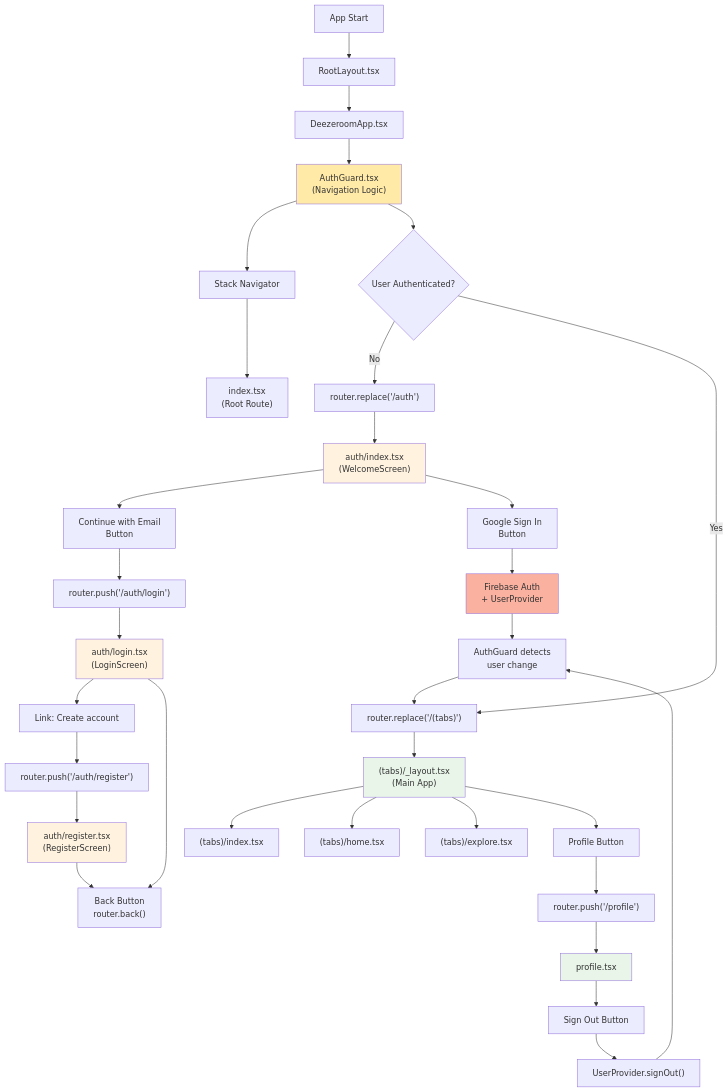
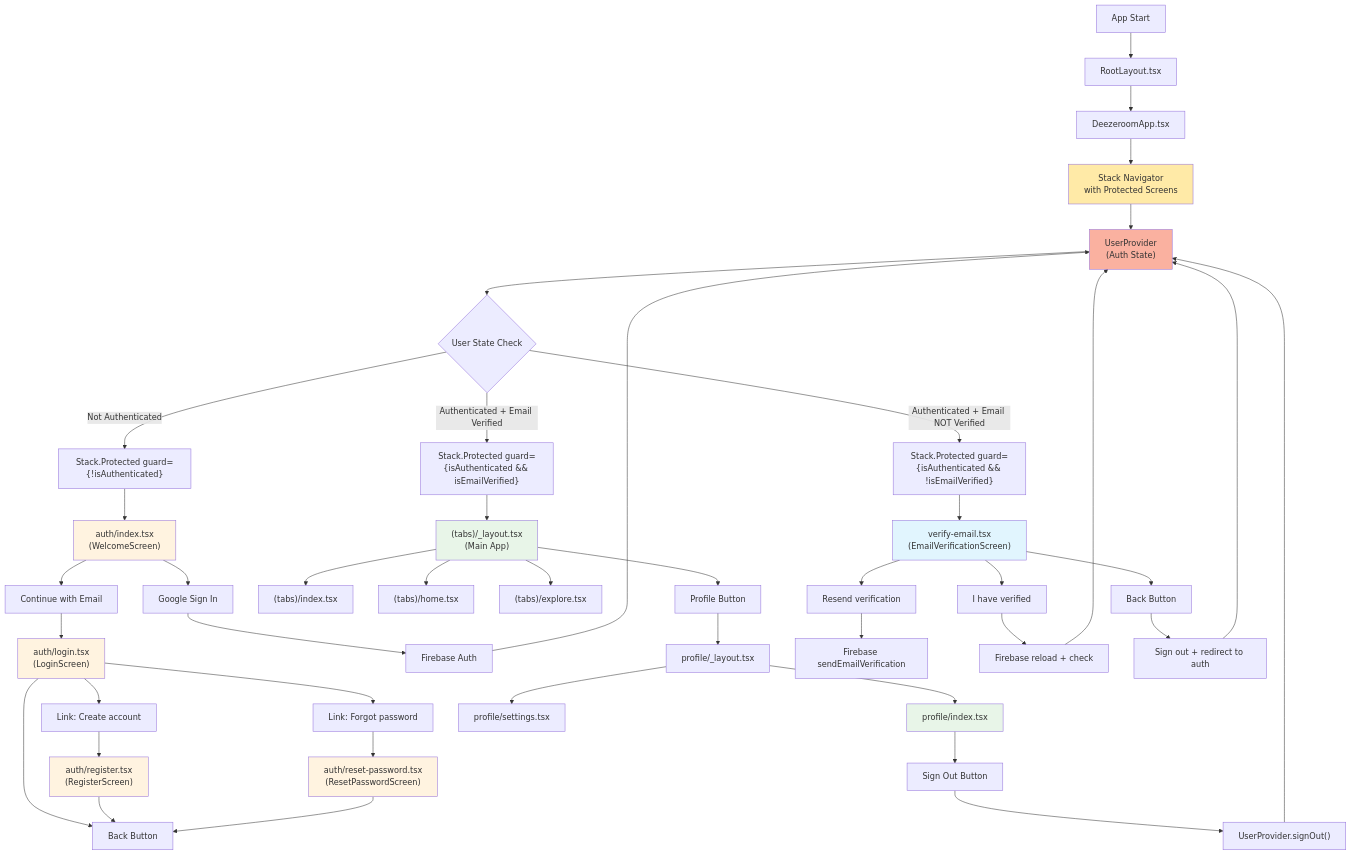
The diagram in README.md (jesuisstan/deezeroom), drawn with Mermaid before and after one commit. The commit also changed other lines of this file, not shown here.

Commit message:
README updated

````diff
--- a/README.md
+++ b/README.md
@@ -85,47 +85,60 @@
 ```mermaid
 graph TD
     A["App Start"] --> B["RootLayout.tsx"]
     B --> C["DeezeroomApp.tsx"]
-    C --> D["AuthGuard.tsx<br/>(Navigation Logic)"]
-    D --> E["Stack Navigator"]
-    E --> F["index.tsx<br/>(Root Route)"]
+    C --> D["Stack Navigator<br/>with Protected Screens"]
+    D --> E["UserProvider<br/>(Auth State)"]
 
-    D --> G{"User Authenticated?"}
+    E --> F{"User State Check"}
 
-    G -->|No| H["router.replace('/auth')"]
-    G -->|Yes| I["router.replace('/(tabs)')"]
+    F -->|"Not Authenticated"| G["Stack.Protected guard={!isAuthenticated}"]
+    F -->|"Authenticated + Email Verified"| H["Stack.Protected guard={isAuthenticated && isEmailVerified}"]
+    F -->|"Authenticated + Email NOT Verified"| I["Stack.Protected guard={isAuthenticated && !isEmailVerified}"]
 
-    H --> J["auth/index.tsx<br/>(WelcomeScreen)"]
-    J --> K["Continue with Email<br/>Button"]
-    K --> L["router.push('/auth/login')"]
-    L --> M["auth/login.tsx<br/>(LoginScreen)"]
-    M --> X["Link: Create account"]
-    X --> Y["router.push('/auth/register')"]
-    Y --> Z["auth/register.tsx<br/>(RegisterScreen)"]
-    M --> N["Back Button<br/>router.back()"]
-    Z --> N
+    G --> G1["auth/index.tsx<br/>(WelcomeScreen)"]
+    G1 --> G2["Continue with Email"]
+    G2 --> G3["auth/login.tsx<br/>(LoginScreen)"]
+    G3 --> G4["Link: Create account"]
+    G4 --> G5["auth/register.tsx<br/>(RegisterScreen)"]
+    G3 --> G6["Link: Forgot password"]
+    G6 --> G7["auth/reset-password.tsx<br/>(ResetPasswordScreen)"]
+    G3 --> G8["Back Button"]
+    G5 --> G8
+    G7 --> G8
 
-    J --> O["Google Sign In<br/>Button"]
-    O --> P["Firebase Auth<br/>+ UserProvider"]
-    P --> Q["AuthGuard detects<br/>user change"]
-    Q --> I
+    G1 --> G9["Google Sign In"]
+    G9 --> G10["Firebase Auth"]
+    G10 --> E
 
-    I --> R["(tabs)/_layout.tsx<br/>(Main App)"]
-    R --> R1["(tabs)/index.tsx"]
-    R --> R2["(tabs)/home.tsx"]
-    R --> R3["(tabs)/explore.tsx"]
-    R --> S["Profile Button"]
-    S --> T["router.push('/profile')"]
-    T --> U["profile.tsx"]
-    U --> V["Sign Out Button"]
-    V --> W["UserProvider.signOut()"]
-    W --> Q
+    H --> H1["(tabs)/_layout.tsx<br/>(Main App)"]
+    H1 --> H2["(tabs)/index.tsx"]
+    H1 --> H3["(tabs)/home.tsx"]
+    H1 --> H4["(tabs)/explore.tsx"]
+    H1 --> H5["Profile Button"]
+    H5 --> H6["profile/_layout.tsx"]
+    H6 --> H7["profile/index.tsx"]
+    H6 --> H8["profile/settings.tsx"]
+    H7 --> H9["Sign Out Button"]
+    H9 --> H10["UserProvider.signOut()"]
+    H10 --> E
+
+    I --> I1["verify-email.tsx<br/>(EmailVerificationScreen)"]
+    I1 --> I2["Resend verification"]
+    I2 --> I3["Firebase sendEmailVerification"]
+    I1 --> I4["I have verified"]
+    I4 --> I5["Firebase reload + check"]
+    I5 --> E
+    I1 --> I6["Back Button"]
+    I6 --> I7["Sign out + redirect to auth"]
+    I7 --> E
 
     style D fill:#ffeaa7
-    style J fill:#fff3e0
-    style M fill:#fff3e0
-    style Z fill:#fff3e0
-    style R fill:#e8f5e8
-    style U fill:#e8f5e8
-    style P fill:#fab1a0
+    style G1 fill:#fff3e0
+    style G3 fill:#fff3e0
+    style G5 fill:#fff3e0
+    style G7 fill:#fff3e0
+    style H1 fill:#e8f5e8
+    style H7 fill:#e8f5e8
+    style I1 fill:#e1f5fe
+    style E fill:#fab1a0
 ```
````
